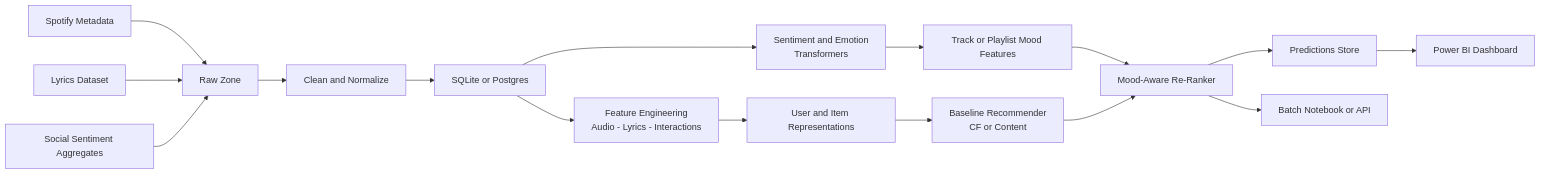
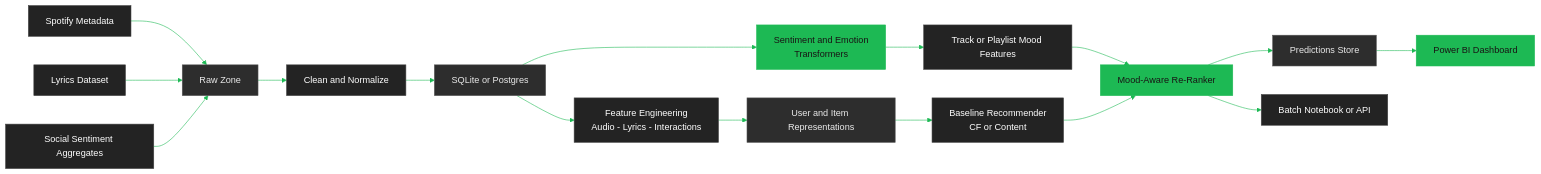
Before and after one commit to ivl-3000/mood-spotify-ml: the diagram in docs/diagrams/mood_reco_workflow.mmd, drawn with Mermaid. The commit also changed 2 other files, not shown here.

Commit message:
docs: use PNG images in Architecture.md; style Mermaid diagrams with Spotify colors

```diff
--- a/docs/diagrams/mood_reco_workflow.mmd
+++ b/docs/diagrams/mood_reco_workflow.mmd
@@ -1,27 +1,60 @@
+%%{init: { 'theme': 'base', 'themeVariables': { 'primaryColor': '#1DB954', 'primaryTextColor': '#191414', 'primaryBorderColor': '#1DB954', 'lineColor': '#1DB954', 'fontFamily': 'Inter, Arial' } } }%%
 flowchart LR
+  classDef accent fill:#1DB954,stroke:#1DB954,color:#191414;
+  classDef surface fill:#232323,stroke:#444,color:#fff;
+  classDef neutral fill:#2d2d2d,stroke:#555,color:#eaeaea;
+
   %% Ingestion
-  SPOT[Spotify Metadata] --> RAW[Raw Zone]
-  LYR[Lyrics Dataset] --> RAW
-  SOC[Social Sentiment Aggregates] --> RAW
+  SPOT[Spotify Metadata]
+  LYR[Lyrics Dataset]
+  SOC[Social Sentiment Aggregates]
+  RAW[Raw Zone]
+  class SPOT,LYR,SOC surface
+  class RAW neutral
+  SPOT --> RAW
+  LYR --> RAW
+  SOC --> RAW
 
   %% Processing
-  RAW --> CLEAN[Clean and Normalize]
-  CLEAN --> SQL[SQLite or Postgres]
+  CLEAN[Clean and Normalize]
+  SQL[SQLite or Postgres]
+  class CLEAN surface
+  class SQL neutral
+  RAW --> CLEAN
+  CLEAN --> SQL
 
   %% NLP
-  SQL --> NLP[Sentiment and Emotion<br/>Transformers]
-  NLP --> MOOD[Track or Playlist Mood Features]
+  NLP[Sentiment and Emotion<br/>Transformers]
+  MOOD[Track or Playlist Mood Features]
+  class NLP accent
+  class MOOD surface
+  SQL --> NLP
+  NLP --> MOOD
 
   %% Features
-  SQL --> FEATS[Feature Engineering<br/>Audio - Lyrics - Interactions]
-  FEATS --> REPRS[User and Item Representations]
+  FEATS[Feature Engineering<br/>Audio - Lyrics - Interactions]
+  REPRS[User and Item Representations]
+  class FEATS surface
+  class REPRS neutral
+  SQL --> FEATS
+  FEATS --> REPRS
 
   %% Modeling
-  REPRS --> BASE[Baseline Recommender<br/>CF or Content]
-  MOOD --> RERANK[Mood-Aware Re-Ranker]
+  BASE[Baseline Recommender<br/>CF or Content]
+  RERANK[Mood-Aware Re-Ranker]
+  class BASE surface
+  class RERANK accent
+  REPRS --> BASE
+  MOOD --> RERANK
   BASE --> RERANK
 
   %% Serving
-  RERANK --> PRED[Predictions Store]
-  PRED --> DASH[Power BI Dashboard]
-  RERANK --> NB[Batch Notebook or API]
+  PRED[Predictions Store]
+  DASH[Power BI Dashboard]
+  NB[Batch Notebook or API]
+  class PRED neutral
+  class DASH accent
+  class NB surface
+  RERANK --> PRED
+  PRED --> DASH
+  RERANK --> NB
```
